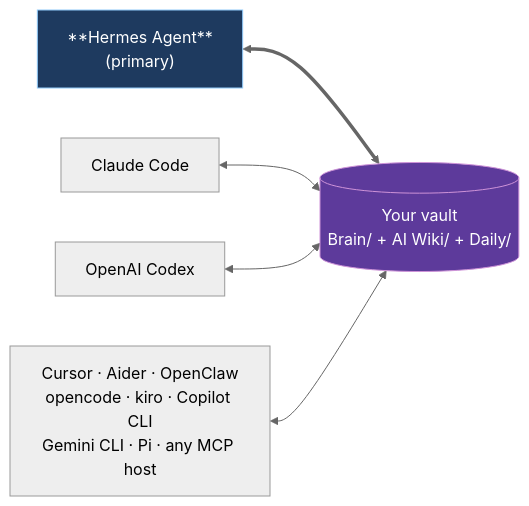
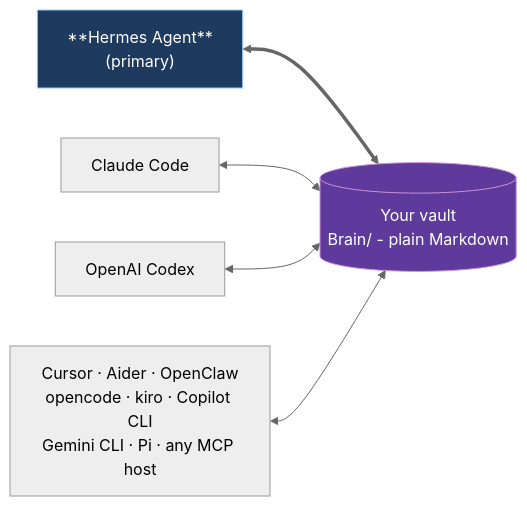
The first of 2 diagrams in README.md (itechmeat/open-second-brain), drawn with Mermaid (neutral theme) before and after one commit. The commit also changed other lines of this file and 9 other files, not shown here.

````diff
--- a/README.md
+++ b/README.md
@@ -16,16 +16,16 @@
 ```mermaid
 flowchart LR
-    Vault[("Your vault<br/>Brain/ + AI Wiki/ + Daily/")]
+    Vault[("Your vault<br/>Brain/ - plain Markdown")]
     Hermes["**Hermes Agent**<br/>(primary)"]
     CC[Claude Code]
     Codex[OpenAI Codex]
     Others["Cursor · Aider · OpenClaw<br/>opencode · kiro · Copilot CLI<br/>Gemini CLI · Pi · any MCP host"]
 
     Hermes <==> Vault
     CC <--> Vault
     Codex <--> Vault
     Others <--> Vault
 
     style Hermes fill:#1e3a5f,stroke:#90caf9,color:#fff
     style Vault fill:#5d3a9b,stroke:#ce93d8,color:#fff
 ```
````
